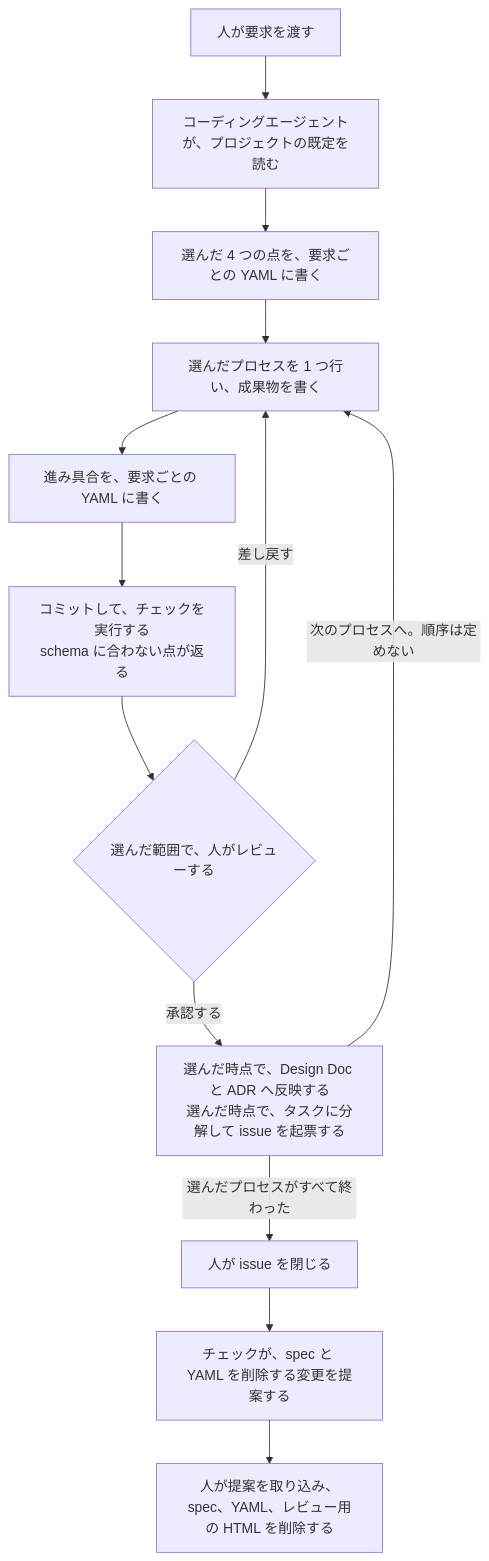
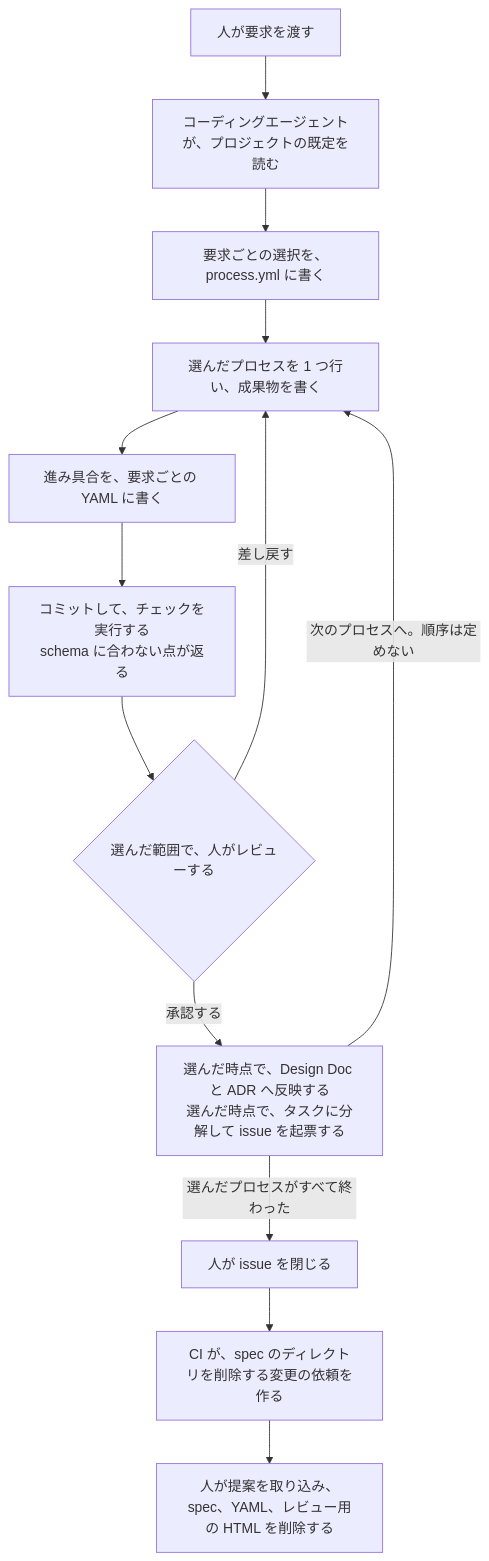
Before and after one commit to Fukuemon/agent-harness: the second of 2 diagrams in design/features/process/DesignDoc_process.md, drawn with Mermaid. The commit also changed other lines of this file and 8 other files, not shown here.

````diff
--- a/design/features/process/DesignDoc_process.md
+++ b/design/features/process/DesignDoc_process.md
@@ -170,15 +172,15 @@
 ```mermaid
 flowchart TD
     req["人が要求を渡す"] --> defaults["コーディングエージェントが、プロジェクトの既定を読む"]
-    defaults --> declare["選んだ 4 つの点を、要求ごとの YAML に書く"]
+    defaults --> declare["要求ごとの選択を、process.yml に書く"]
     declare --> work["選んだプロセスを 1 つ行い、成果物を書く"]
     work --> progress["進み具合を、要求ごとの YAML に書く"]
     progress --> check["コミットして、チェックを実行する<br>schema に合わない点が返る"]
     check --> review{"選んだ範囲で、人がレビューする"}
     review -- "差し戻す" --> work
     review -- "承認する" --> reflect["選んだ時点で、Design Doc と ADR へ反映する<br>選んだ時点で、タスクに分解して issue を起票する"]
     reflect -- "次のプロセスへ。順序は定めない" --> work
     reflect -- "選んだプロセスがすべて終わった" --> close["人が issue を閉じる"]
-    close --> propose["チェックが、spec と YAML を削除する変更を提案する"]
+    close --> propose["CI が、spec のディレクトリを削除する変更の依頼を作る"]
     propose --> remove["人が提案を取り込み、spec、YAML、レビュー用の HTML を削除する"]
 ```
````
